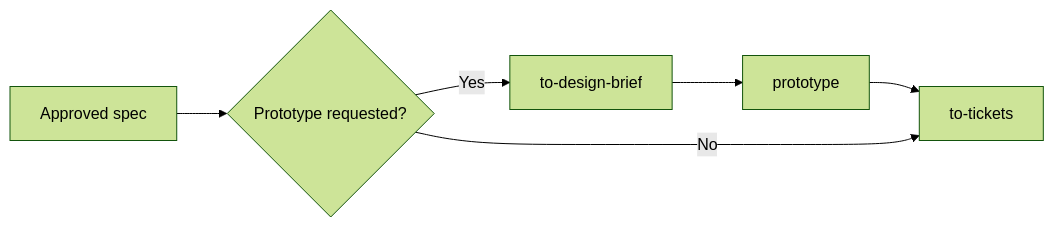
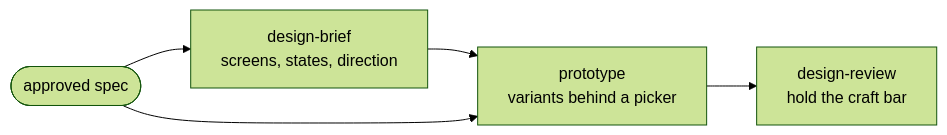
One commit to NickDabizaz/skills changed the second of 5 diagrams in README.md. Above: the diagram before and after it, drawn with Mermaid (forest theme). The commit also changed other lines of this file and 249 other files, not shown here.

````diff
--- a/README.md
+++ b/README.md
@@ -52,6 +73,7 @@
 ```mermaid
 flowchart LR
-    S["Approved spec"] --> Q{"Prototype requested?"}
-    Q -->|Yes| B["to-design-brief"] --> P["prototype"] --> T["to-tickets"]
-    Q -->|No| T
+  S(["approved spec"]) --> B["design-brief<br/>screens, states, direction"]
+  B --> P["prototype<br/>variants behind a picker"]
+  S --> P
+  P --> R["design-review<br/>hold the craft bar"]
 ```
````
